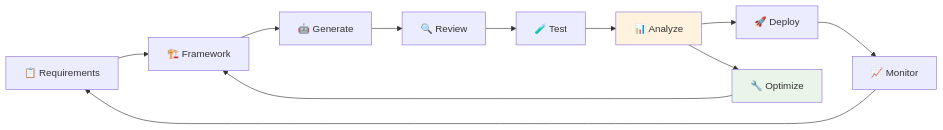
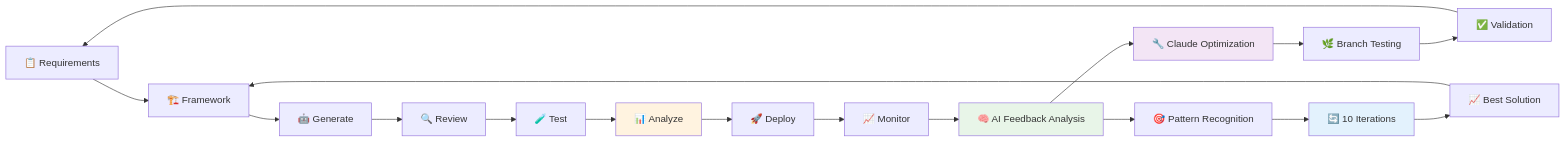
One commit to Jita81/CODEMETRICS changed the diagram in README.md. Above: the diagram before and after it, drawn with Mermaid. The commit also changed other lines of this file and 9 other files, not shown here.

First line of the commit message:
🧠 Add Intelligent Ecosystem Optimization Engine with Claude

````diff
--- a/README.md
+++ b/README.md
@@ -78,17 +85,25 @@
 ```mermaid
 graph LR
     A[📋 Requirements] --> B[🏗️ Framework]
     B --> C[🤖 Generate]
     C --> D[🔍 Review]
     D --> E[🧪 Test]
     E --> F[📊 Analyze]
     F --> G[🚀 Deploy]
     G --> H[📈 Monitor]
-    H --> A
+    H --> I[🧠 AI Feedback Analysis]
+    I --> J[🔧 Claude Optimization]
+    J --> K[🌿 Branch Testing]
+    K --> L[✅ Validation]
+    L --> A
     
-    F --> I[🔧 Optimize]
-    I --> B
+    I --> M[🎯 Pattern Recognition]
+    M --> N[🔄 10 Iterations]
+    N --> O[📈 Best Solution]
+    O --> B
     
     style F fill:#fff3e0
     style I fill:#e8f5e8
+    style J fill:#f3e5f5
+    style N fill:#e3f2fd
 ```
````
